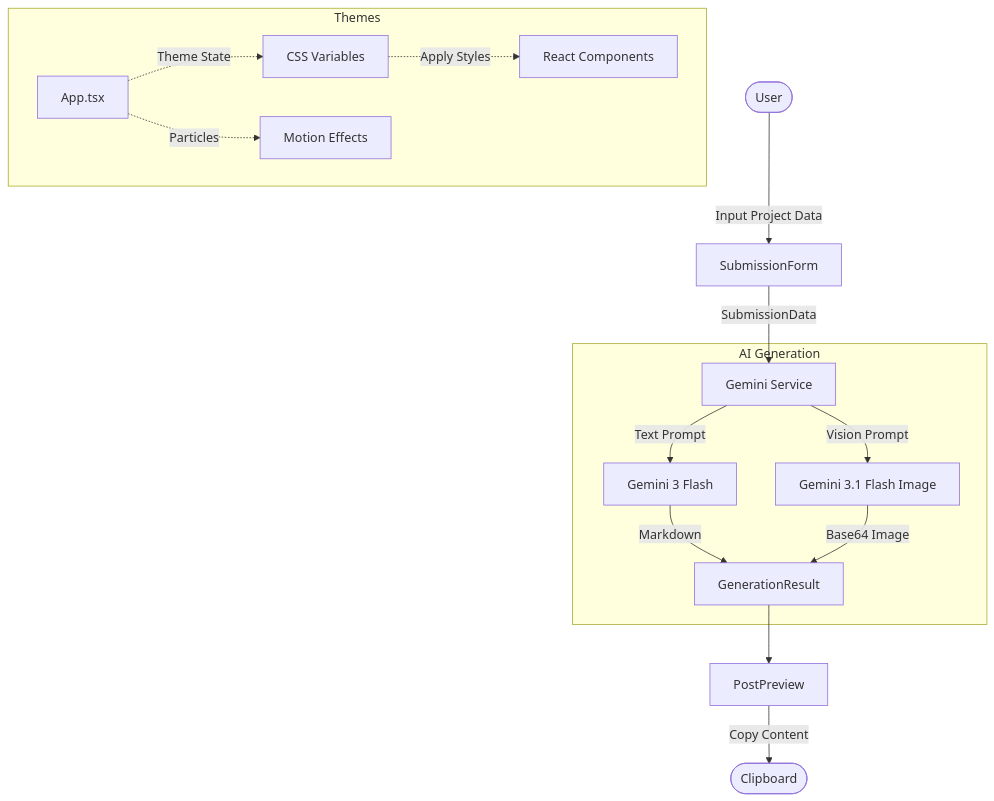
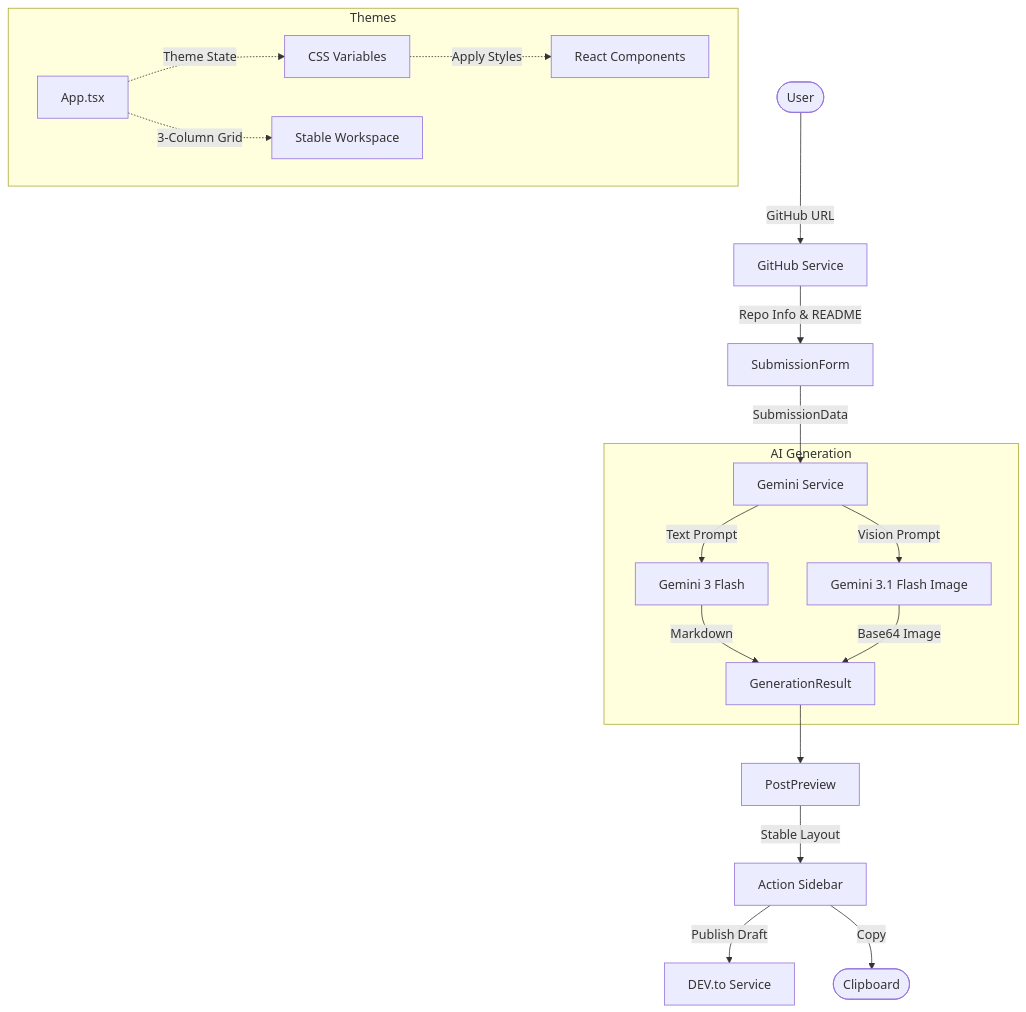
One commit to vero-code/forktopost changed the diagram in ARCHITECTURE.md. Above: the diagram before and after it, drawn with Mermaid. The commit also changed other lines of this file and 1 other file, not shown here.

````diff
--- a/ARCHITECTURE.md
+++ b/ARCHITECTURE.md
@@ -13,21 +13,24 @@
 ```mermaid
 graph TD
-    User([User]) -->|Input Project Data| Form[SubmissionForm]
+    User([User]) -->|GitHub URL| GH[GitHub Service]
+    GH -->|Repo Info & README| Form[SubmissionForm]
     Form -->|SubmissionData| API[Gemini Service]
     
     subgraph AI Generation
         API -->|Text Prompt| GeminiText[Gemini 3 Flash]
         API -->|Vision Prompt| GeminiImage[Gemini 3.1 Flash Image]
         GeminiText -->|Markdown| Result
         GeminiImage -->|Base64 Image| Result
     end
 
     Result[GenerationResult] --> Preview[PostPreview]
-    Preview -->|Copy Content| Clipboard([Clipboard])
+    Preview -->|Stable Layout| Sidebar[Action Sidebar]
+    Sidebar -->|Publish Draft| DevTo[DEV.to Service]
+    Sidebar -->|Copy| Clipboard([Clipboard])
     
     subgraph Themes
         App[App.tsx] -.->|Theme State| CSS[CSS Variables]
         CSS -.->|Apply Styles| UI[React Components]
-        App -.->|Particles| Effects[Motion Effects]
+        App -.->|3-Column Grid| Layout[Stable Workspace]
     end
 ```
````
